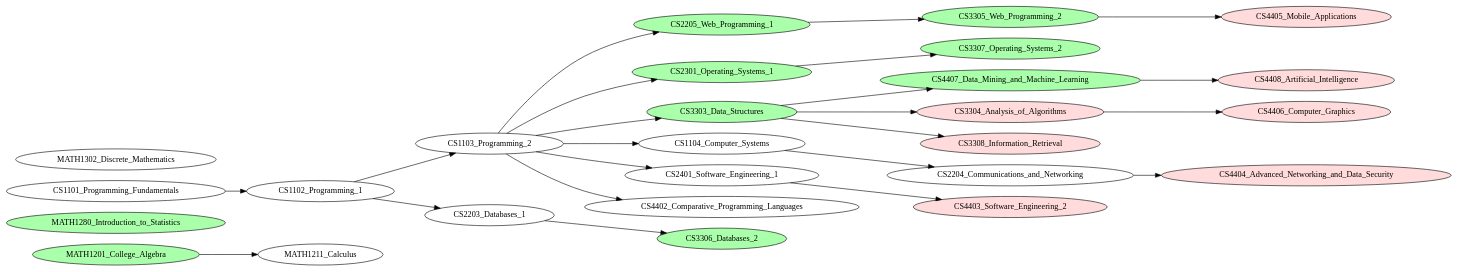
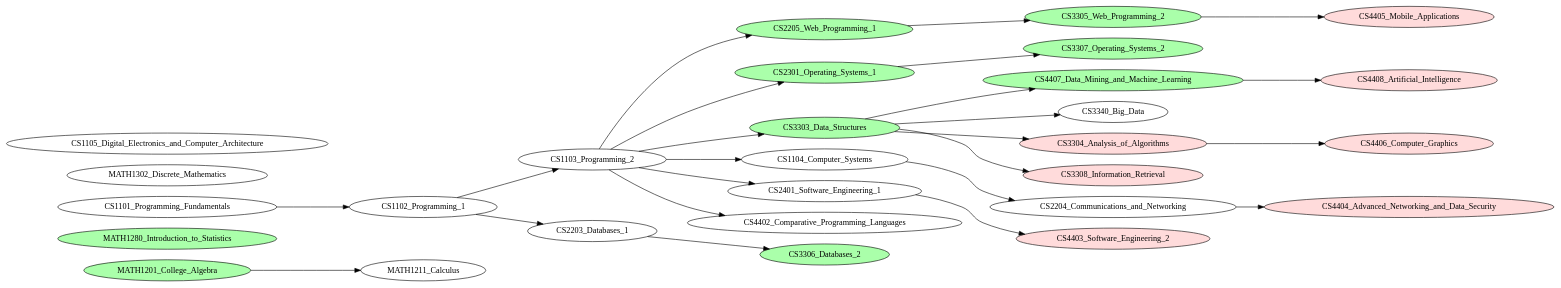
One commit to thash/study changed the diagram in uopeople/cs_curriculum.dot. Above: the diagram before and after it, drawn with Graphviz. The commit also changed 1 other file, not shown here.

Commit message:
Added 2 courses

```diff
--- a/uopeople/cs_curriculum.dot
+++ b/uopeople/cs_curriculum.dot
@@ -1,61 +1,63 @@
 /*
- * [1]: https://www.uopeople.edu/programs/cs/degrees/computer-science-bachelor-degree-2/curriculum/
- * [2]: https://www.uopeople.edu/programs/cs/degrees/cs-course-catalog/
+ * [1]: https://www.uopeople.edu/programs/online-bachelors/computer-science/
+ * [1-a]: https://catalog.uopeople.edu/ug_term1_item/computer-science/bachelor-of-science-in-computer-science-bs-cs
+ * [2]: https://catalog.uopeople.edu/ug_term1_item/computer-science/courses-in-computer-science
  *
- * Prerequisite course for CS4407_Data_Mining_and_Machine_Learning is different in above two pages.
  */
 digraph {
     graph [rankdir = LR];
 
     // courses colored green (#aaffaa) are proctored course
     MATH1201_College_Algebra[fillcolor="#aaffaa", style="filled"];
     MATH1280_Introduction_to_Statistics[fillcolor="#aaffaa", style="filled"];
     CS2205_Web_Programming_1[fillcolor="#aaffaa", style="filled"];
     CS3305_Web_Programming_2[fillcolor="#aaffaa", style="filled"];
     CS2301_Operating_Systems_1[fillcolor="#aaffaa", style="filled"];
     CS3303_Data_Structures[fillcolor="#aaffaa", style="filled"];
     CS3306_Databases_2[fillcolor="#aaffaa", style="filled"];
     CS3307_Operating_Systems_2[fillcolor="#aaffaa", style="filled"];
     CS4407_Data_Mining_and_Machine_Learning[fillcolor="#aaffaa", style="filled"];
     MATH1201_College_Algebra[fillcolor="#aaffaa", style="filled"];
 
     // Courses with no prerequisites
     CS1101_Programming_Fundamentals;
     MATH1201_College_Algebra;
     MATH1280_Introduction_to_Statistics;
     MATH1302_Discrete_Mathematics;
+    CS1105_Digital_Electronics_and_Computer_Architecture; // Added 2024 - possibly alternative to CS1104 at [2]
 
     // Couses that have prerequisites
     CS1101_Programming_Fundamentals -> CS1102_Programming_1;
-    CS1102_Programming_1 -> CS1103_Programming_2;
-    CS1102_Programming_1 -> CS2203_Databases_1;
-    CS1103_Programming_2 -> CS1104_Computer_Systems;
-    CS1103_Programming_2 -> CS2205_Web_Programming_1;
-    CS1103_Programming_2 -> CS2301_Operating_Systems_1;
-    CS1103_Programming_2 -> CS2401_Software_Engineering_1;
-    CS1103_Programming_2 -> CS3303_Data_Structures;
-    CS1103_Programming_2 -> CS4402_Comparative_Programming_Languages;
-    CS1104_Computer_Systems -> CS2204_Communications_and_Networking;
-    CS2203_Databases_1 -> CS3306_Databases_2;
-    CS2205_Web_Programming_1 -> CS3305_Web_Programming_2;
-    CS2301_Operating_Systems_1 -> CS3307_Operating_Systems_2;
-    CS3303_Data_Structures -> CS4407_Data_Mining_and_Machine_Learning;
-    MATH1201_College_Algebra -> MATH1211_Calculus;
+    CS1102_Programming_1            -> CS1103_Programming_2;
+    CS1102_Programming_1            -> CS2203_Databases_1;
+    CS1103_Programming_2            -> CS1104_Computer_Systems; // CS1104 removed 2024 at [2]
+    CS1103_Programming_2            -> CS2205_Web_Programming_1;
+    CS1103_Programming_2            -> CS2301_Operating_Systems_1;
+    CS1103_Programming_2            -> CS2401_Software_Engineering_1;
+    CS1103_Programming_2            -> CS3303_Data_Structures;
+    CS1103_Programming_2            -> CS4402_Comparative_Programming_Languages;
+    CS1104_Computer_Systems         -> CS2204_Communications_and_Networking;
+    CS2203_Databases_1              -> CS3306_Databases_2;
+    CS2205_Web_Programming_1        -> CS3305_Web_Programming_2;
+    CS2301_Operating_Systems_1      -> CS3307_Operating_Systems_2;
+    CS3303_Data_Structures          -> CS4407_Data_Mining_and_Machine_Learning;
+    CS3303_Data_Structures          -> CS3340_Big_Data; // Added 2024
+    MATH1201_College_Algebra        -> MATH1211_Calculus;
 
     // elective courses are colored in pink (#FFDBDB). They're shown only in [2]
     CS3304_Analysis_of_Algorithms[fillcolor="#FFDBDB", style="filled"];
     CS3308_Information_Retrieval[fillcolor="#FFDBDB", style="filled"];
     CS4403_Software_Engineering_2[fillcolor="#FFDBDB", style="filled"];
     CS4404_Advanced_Networking_and_Data_Security[fillcolor="#FFDBDB", style="filled"];
     CS4405_Mobile_Applications[fillcolor="#FFDBDB", style="filled"];
     CS4406_Computer_Graphics[fillcolor="#FFDBDB", style="filled"];
     CS4408_Artificial_Intelligence[fillcolor="#FFDBDB", style="filled"];
 
-    CS3303_Data_Structures -> CS3304_Analysis_of_Algorithms;
-    CS3303_Data_Structures -> CS3308_Information_Retrieval;
-    CS2401_Software_Engineering_1 -> CS4403_Software_Engineering_2;
-    CS2204_Communications_and_Networking -> CS4404_Advanced_Networking_and_Data_Security;
-    CS3305_Web_Programming_2 -> CS4405_Mobile_Applications;
-    CS3304_Analysis_of_Algorithms -> CS4406_Computer_Graphics;
+    CS3303_Data_Structures                  -> CS3304_Analysis_of_Algorithms;
+    CS3303_Data_Structures                  -> CS3308_Information_Retrieval;
+    CS2401_Software_Engineering_1           -> CS4403_Software_Engineering_2;
+    CS2204_Communications_and_Networking    -> CS4404_Advanced_Networking_and_Data_Security;
+    CS3305_Web_Programming_2                -> CS4405_Mobile_Applications;
+    CS3304_Analysis_of_Algorithms           -> CS4406_Computer_Graphics;
     CS4407_Data_Mining_and_Machine_Learning -> CS4408_Artificial_Intelligence;
 }
```
